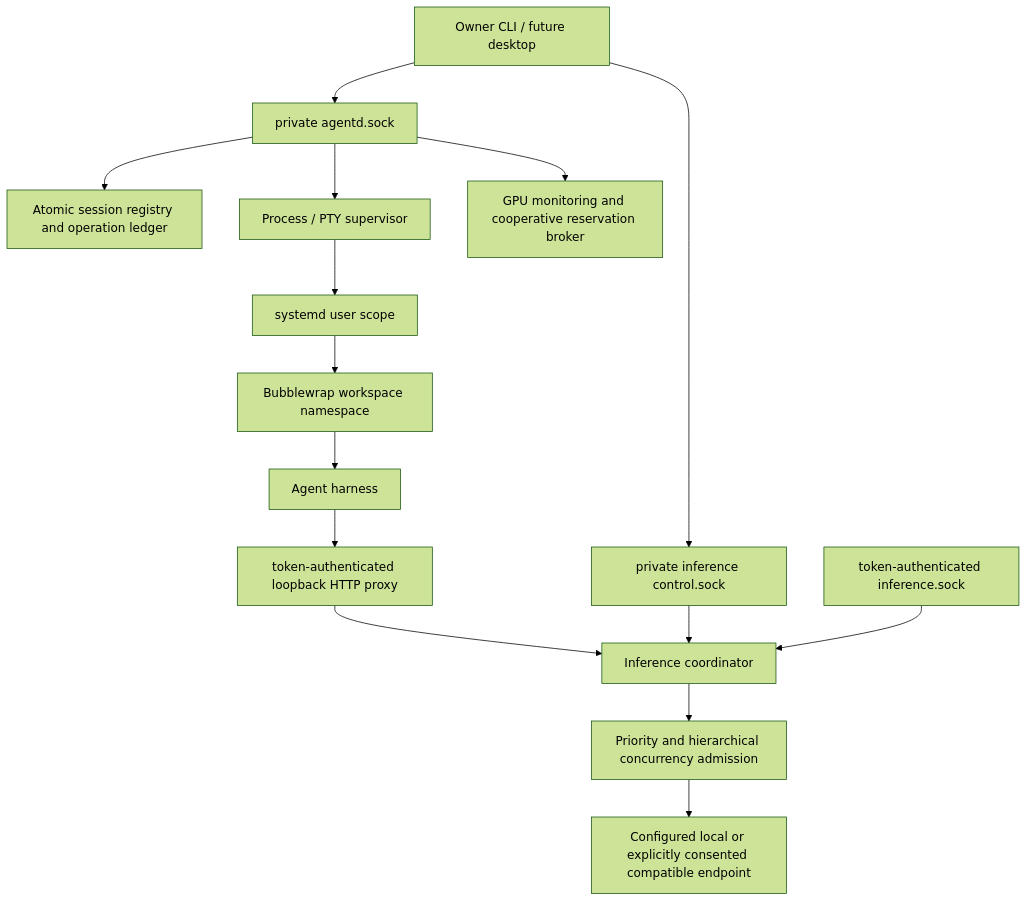
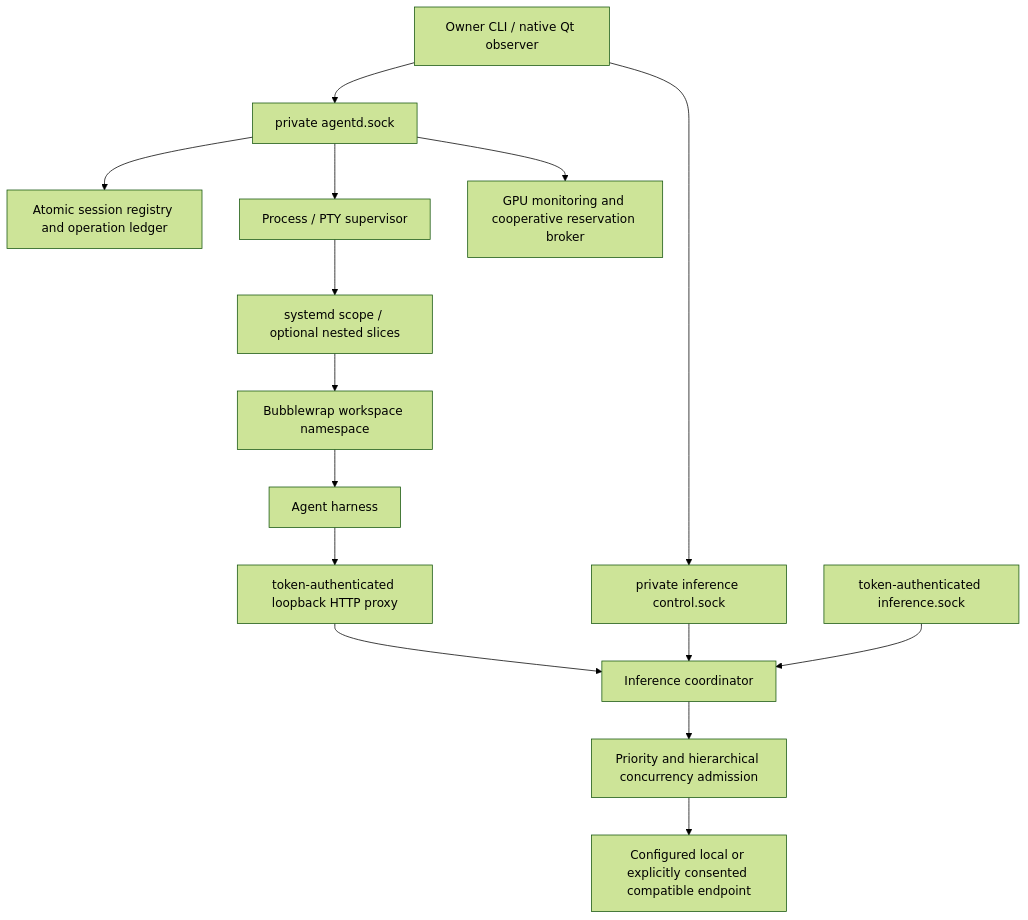
Before and after one commit to CerynthOS/CerynthOS: the diagram in docs/architecture/person3-runtime.md, drawn with Mermaid (forest theme). The commit also changed other lines of this file and 71 other files, not shown here.

Commit message:
Implement nested agent budgets, model residency fencing and native observation

````diff
--- a/docs/architecture/person3-runtime.md
+++ b/docs/architecture/person3-runtime.md
@@ -28,17 +28,17 @@
 ```mermaid
 flowchart TD
-  UI[Owner CLI / future desktop] --> AG[private agentd.sock]
+  UI[Owner CLI / native Qt observer] --> AG[private agentd.sock]
   UI --> IC[private inference control.sock]
   AG --> REG[Atomic session registry and operation ledger]
   AG --> SUP[Process / PTY supervisor]
-  SUP --> CG[systemd user scope]
+  SUP --> CG[systemd scope / optional nested slices]
   CG --> BW[Bubblewrap workspace namespace]
   BW --> HAR[Agent harness]
   HAR --> HTTP[token-authenticated loopback HTTP proxy]
   IC --> INF[Inference coordinator]
   HTTP --> INF
   ID[token-authenticated inference.sock] --> INF
   INF --> Q[Priority and hierarchical concurrency admission]
   Q --> MOD[Configured local or explicitly consented compatible endpoint]
   AG --> GPU[GPU monitoring and cooperative reservation broker]
 ```
````
